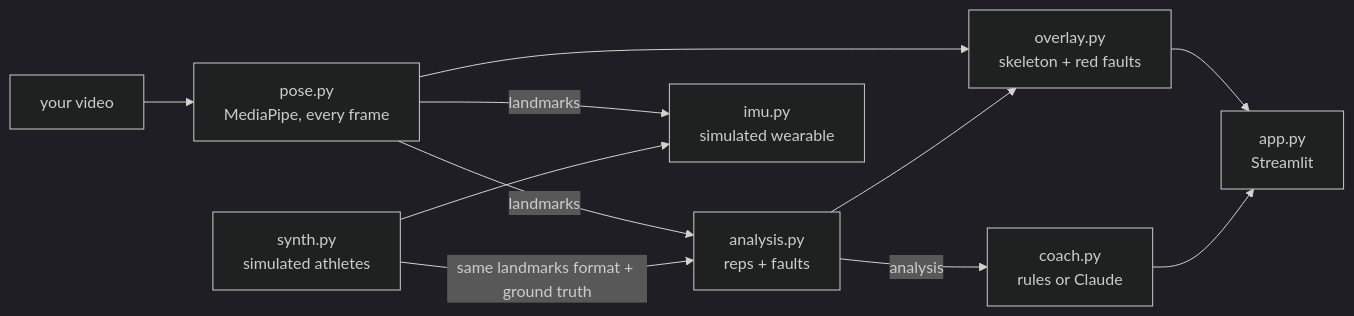
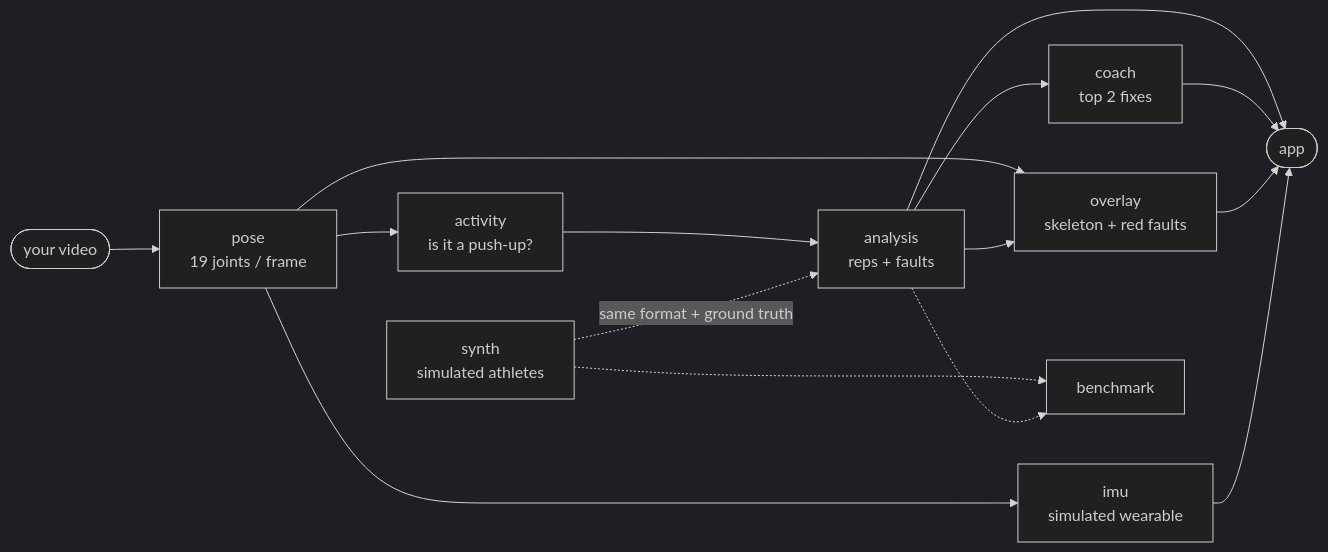
The diagram in README.md (Dragneel005/null-hack), drawn with Mermaid (dark theme) before and after one commit. The commit also changed other lines of this file and 5 other files, not shown here.

````diff
--- a/README.md
+++ b/README.md
@@ -69,13 +85,14 @@
 ```mermaid
 flowchart LR
-    V[your video] --> P[pose.py<br/>MediaPipe, every frame]
-    P -->|landmarks| A[analysis.py<br/>reps + faults]
-    A -->|analysis| C[coach.py<br/>rules or Claude]
-    P --> O[overlay.py<br/>skeleton + red faults]
+    V([your video]) --> P[pose<br/>19 joints / frame]
+    P --> X[activity<br/>is it a push-up?]
+    X --> A[analysis<br/>reps + faults]
+    A --> C[coach<br/>top 2 fixes]
+    P --> O[overlay<br/>skeleton + red faults]
     A --> O
-    O --> UI[app.py<br/>Streamlit]
-    C --> UI
-    P -->|landmarks| I[imu.py<br/>simulated wearable]
-    S[synth.py<br/>simulated athletes] -->|same landmarks format + ground truth| A
-    S --> I
+    P --> I[imu<br/>simulated wearable]
+    A & C & O & I --> UI([app])
+    S[synth<br/>simulated athletes] -. same format + ground truth .-> A
+    S -.-> B[benchmark]
+    A -.-> B
 ```
````
